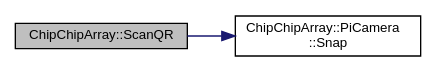
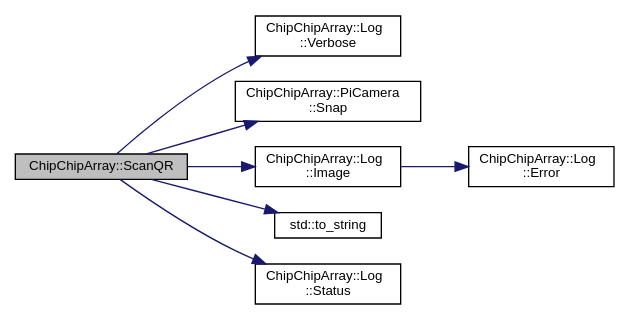
Before and after one commit to sawbg/chip-chip-array: the diagram in doc/rtf/namespaceChipChipArray_a6c7465049b5d408e1a238b6d8ffa887d_cgraph.dot, drawn with Graphviz. The commit also changed 236 other files, not shown here.

```diff
--- a/doc/rtf/namespaceChipChipArray_a6c7465049b5d408e1a238b6d8ffa887d_cgraph.dot
+++ b/doc/rtf/namespaceChipChipArray_a6c7465049b5d408e1a238b6d8ffa887d_cgraph.dot
@@ -1,9 +1,19 @@
 digraph "ChipChipArray::ScanQR"
 {
   edge [fontname="Helvetica",fontsize="10",labelfontname="Helvetica",labelfontsize="10"];
   node [fontname="Helvetica",fontsize="10",shape=record];
   rankdir="LR";
   Node1 [label="ChipChipArray::ScanQR",height=0.2,width=0.4,color="black", fillcolor="grey75", style="filled", fontcolor="black"];
   Node1 -> Node2 [color="midnightblue",fontsize="10",style="solid",fontname="Helvetica"];
-  Node2 [label="ChipChipArray::PiCamera\l::Snap",height=0.2,width=0.4,color="black", fillcolor="white", style="filled",URL="$classChipChipArray_1_1PiCamera.html#a58fb0de02570dce9a9cb60a1a04fb84f"];
+  Node2 [label="ChipChipArray::Log\l::Verbose",height=0.2,width=0.4,color="black", fillcolor="white", style="filled",URL="$classChipChipArray_1_1Log.html#a154a5f38d9c7a767693b242684a3d4d9"];
+  Node1 -> Node3 [color="midnightblue",fontsize="10",style="solid",fontname="Helvetica"];
+  Node3 [label="ChipChipArray::PiCamera\l::Snap",height=0.2,width=0.4,color="black", fillcolor="white", style="filled",URL="$classChipChipArray_1_1PiCamera.html#a58fb0de02570dce9a9cb60a1a04fb84f"];
+  Node1 -> Node4 [color="midnightblue",fontsize="10",style="solid",fontname="Helvetica"];
+  Node4 [label="ChipChipArray::Log\l::Image",height=0.2,width=0.4,color="black", fillcolor="white", style="filled",URL="$classChipChipArray_1_1Log.html#a65bbab057c8b1453f9e4efcfee7522c4"];
+  Node4 -> Node5 [color="midnightblue",fontsize="10",style="solid",fontname="Helvetica"];
+  Node5 [label="ChipChipArray::Log\l::Error",height=0.2,width=0.4,color="black", fillcolor="white", style="filled",URL="$classChipChipArray_1_1Log.html#aba7b7b0555f49f4dcf15f4b9fd3e6b34"];
+  Node1 -> Node6 [color="midnightblue",fontsize="10",style="solid",fontname="Helvetica"];
+  Node6 [label="std::to_string",height=0.2,width=0.4,color="black", fillcolor="white", style="filled",URL="$namespacestd.html#aa5ddf582a1c96ffe258c997be9a294a3"];
+  Node1 -> Node7 [color="midnightblue",fontsize="10",style="solid",fontname="Helvetica"];
+  Node7 [label="ChipChipArray::Log\l::Status",height=0.2,width=0.4,color="black", fillcolor="white", style="filled",URL="$classChipChipArray_1_1Log.html#a66575b6e94c6112e4cefa5736cb996e0"];
 }
```
